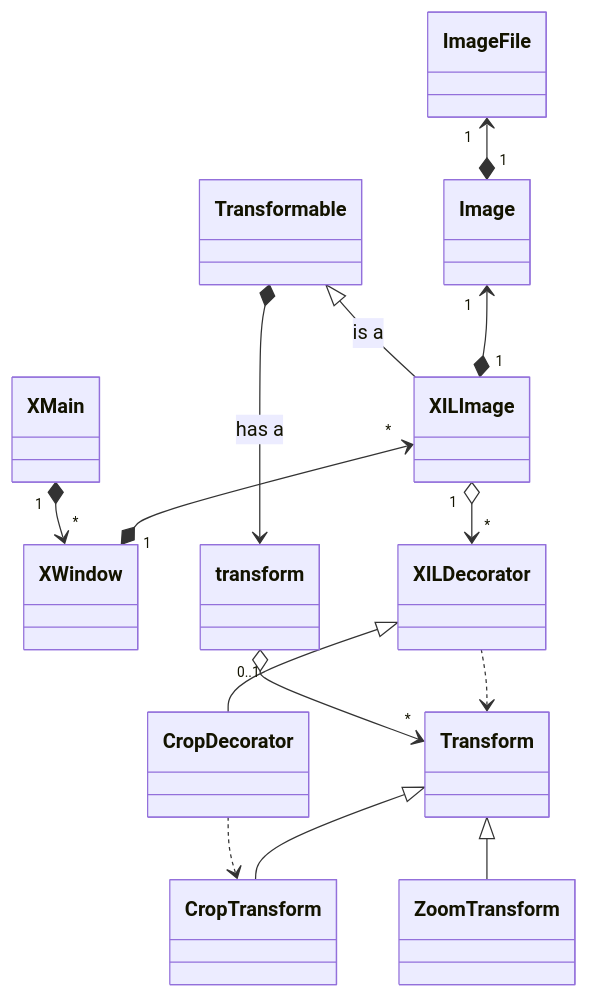
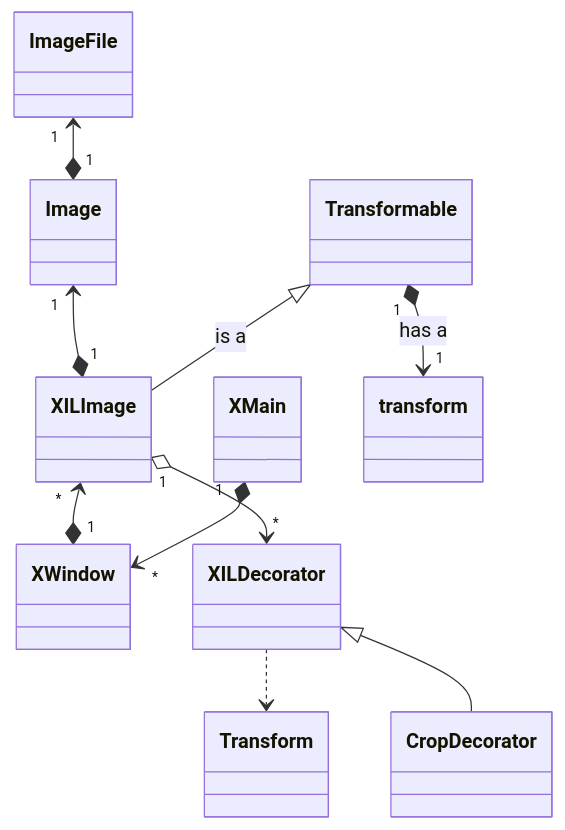
One commit to jjensenral/imgex changed the diagram in doc/dev/classes.md. Above: the diagram before and after it, drawn with Mermaid. The commit also changed other lines of this file and 1 other file, not shown here.

````diff
--- a/doc/dev/classes.md
+++ b/doc/dev/classes.md
@@ -6,16 +6,12 @@
 ```mermaid
 classDiagram
 ImageFile "1" <--* "1" Image
 Image "1" <--* "1" XILImage
 XILImage "*" <--* "1" XWindow
 XMain "1" *--> "*" XWindow
 XILDecorator ..> Transform
 XILImage "1" o--> "*" XILDecorator
-Transform <|-- CropTransform
-Transform <|-- ZoomTransform
 XILDecorator <|-- CropDecorator
-CropDecorator ..> CropTransform
-transform "0..1" o--> "*" Transform
 Transformable <|-- XILImage : is a
-Transformable *--> transform : has a
+Transformable "1" *--> "1" transform : has a
 ```
````
